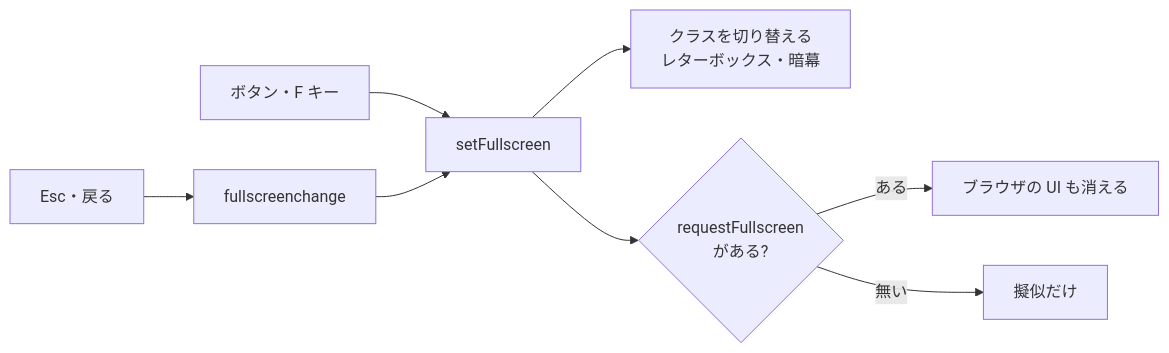
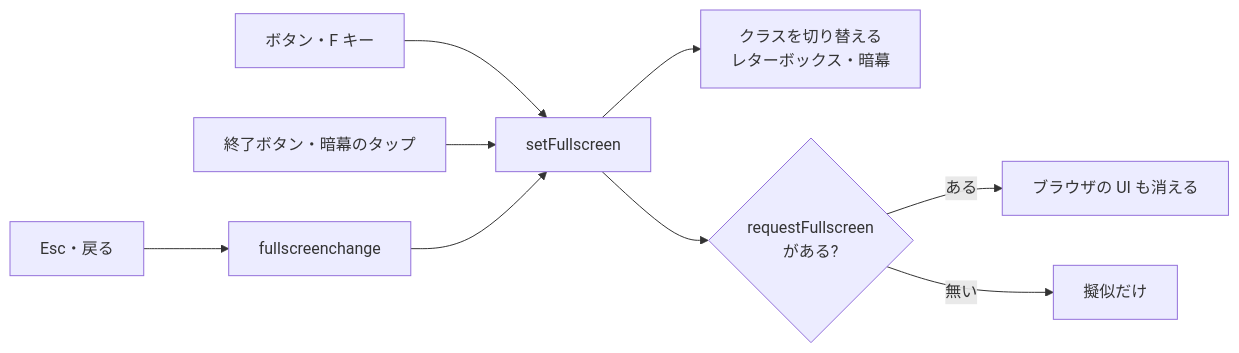
One commit to ytani01/yt_slide changed the diagram in docs/Developer.md. Above: the diagram before and after it, drawn with Mermaid. The commit also changed other lines of this file and 12 other files, not shown here.

````diff
--- a/docs/Developer.md
+++ b/docs/Developer.md
@@ -306,9 +314,10 @@
 ```mermaid
 flowchart LR
     A[ボタン・F キー] --> B[setFullscreen]
+    X[終了ボタン・暗幕のタップ] --> B
     B --> C[クラスを切り替える<br>レターボックス・暗幕]
     B --> D{requestFullscreen<br>がある?}
     D -- ある --> E[ブラウザの UI も消える]
     D -- 無い --> F[擬似だけ]
     G[Esc・戻る] --> H[fullscreenchange] --> B
 ```
````
